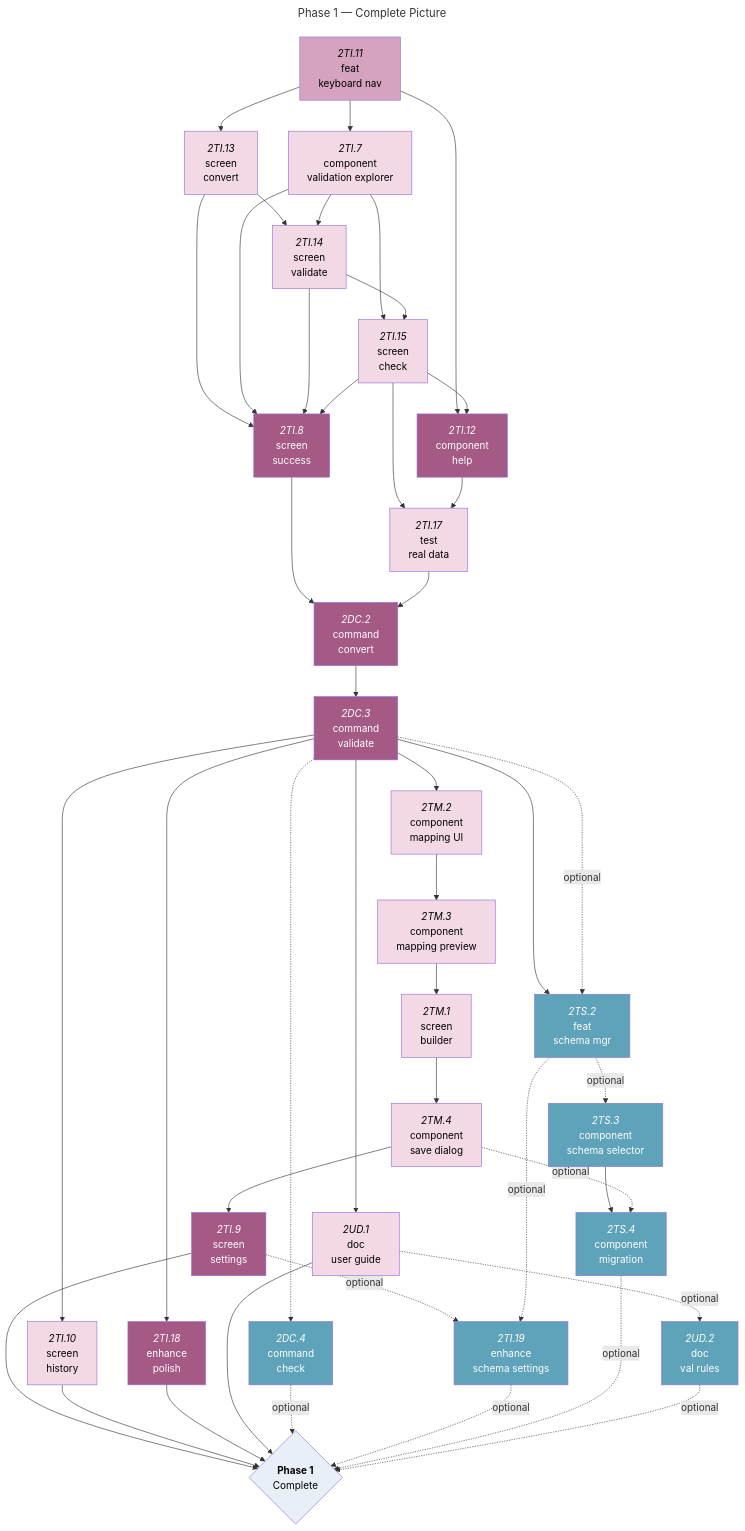
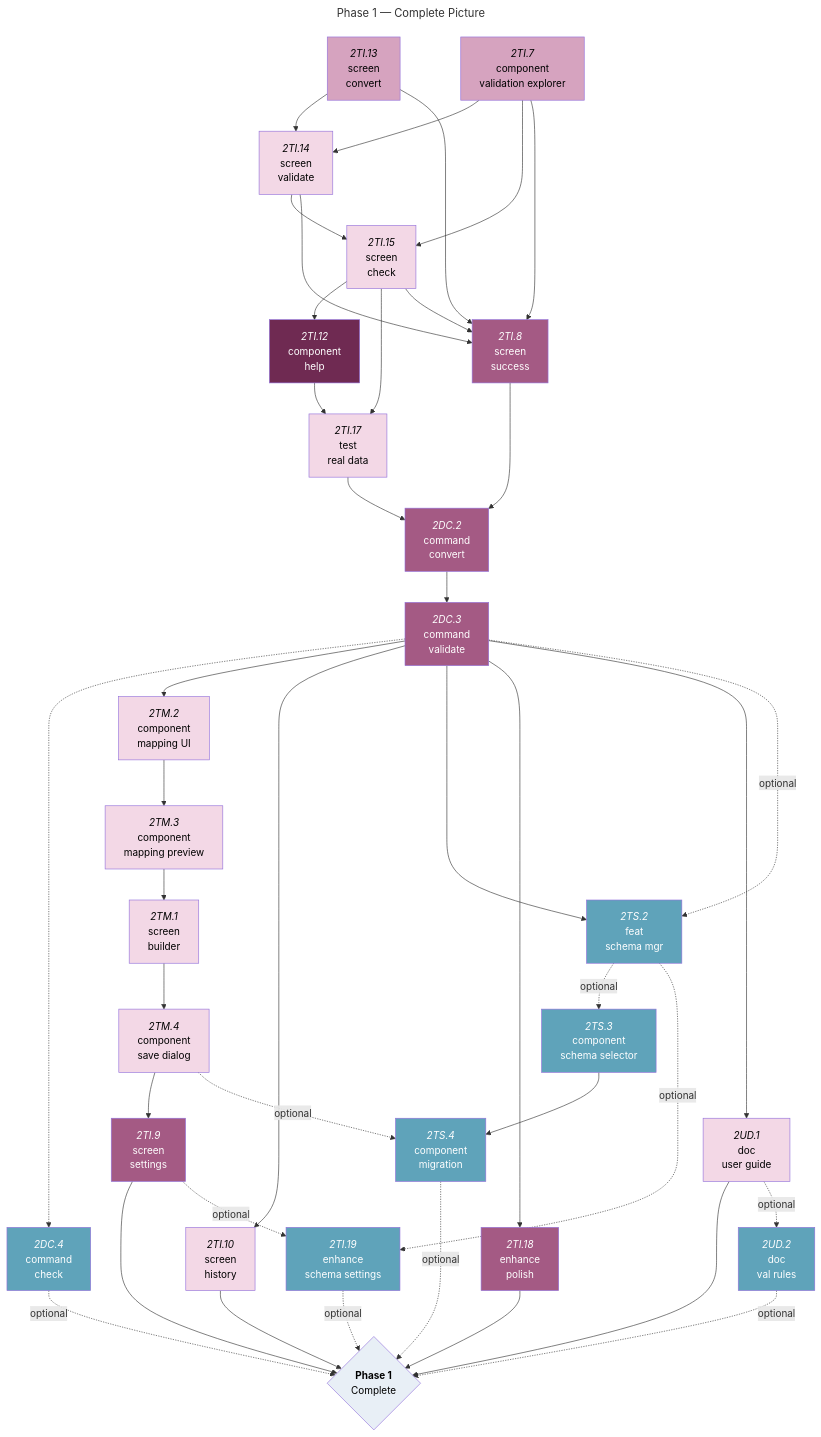
The fifth of 5 diagrams in docs/roadmaps/phase-1-mvp-features.md (foundersandcoders/iris), drawn with Mermaid before and after one commit. The commit also changed other lines of this file, not shown here.

````diff
--- a/docs/roadmaps/phase-1-mvp-features.md
+++ b/docs/roadmaps/phase-1-mvp-features.md
@@ -311,77 +310,76 @@
 ```mermaid
 ---
 title: Phase 1 — Complete Picture
 ---
 graph TD
 
 %% M2A Core Tasks %%
-2TI.11["`*2TI.11*<br/>feat<br/>keyboard nav`"]:::must-open
-2TI.13["`*2TI.13*<br/>screen<br/>convert`"]:::must-blocked
-2TI.7["`*2TI.7*<br/>component<br/>validation explorer`"]:::must-blocked
+2TI.13["`*2TI.13*<br/>screen<br/>convert`"]:::must-open
+2TI.7["`*2TI.7*<br/>component<br/>validation explorer`"]:::must-open
 2TI.14["`*2TI.14*<br/>screen<br/>validate`"]:::must-blocked
 2TI.15["`*2TI.15*<br/>screen<br/>check`"]:::must-blocked
 2TI.17["`*2TI.17*<br/>test<br/>real data`"]:::must-blocked
-2TI.12["`*2TI.12*<br/>component<br/>help`"]:::should-blocked
+2TI.12["`*2TI.12*<br/>component<br/>help`"]:::should-open
 2TI.8["`*2TI.8*<br/>screen<br/>success`"]:::should-blocked
 
 %% M2B Tasks %%
 2DC.2["`*2DC.2*<br/>command<br/>convert`"]:::should-blocked
 2DC.3["`*2DC.3*<br/>command<br/>validate`"]:::should-blocked
 2DC.4["`*2DC.4*<br/>command<br/>check`"]:::could-blocked
 
 %% M2C Tasks %%
 2TM.2["`*2TM.2*<br/>component<br/>mapping UI`"]:::must-blocked
 2TM.3["`*2TM.3*<br/>component<br/>mapping preview`"]:::must-blocked
 2TM.1["`*2TM.1*<br/>screen<br/>builder`"]:::must-blocked
 2TM.4["`*2TM.4*<br/>component<br/>save dialog`"]:::must-blocked
 2TI.9["`*2TI.9*<br/>screen<br/>settings`"]:::should-blocked
 2TS.2["`*2TS.2*<br/>feat<br/>schema mgr`"]:::could-blocked
 2TS.3["`*2TS.3*<br/>component<br/>schema selector`"]:::could-blocked
 2TS.4["`*2TS.4*<br/>component</br>migration`"]:::could-blocked
 2TI.19["`*2TI.19*<br/>enhance<br/>schema settings`"]:::could-blocked
 2TI.10["`*2TI.10*<br/>screen<br/>history`"]:::must-blocked
 2TI.18["`*2TI.18*<br/>enhance<br/>polish`"]:::should-blocked
 2UD.1["`*2UD.1*<br/>doc<br/>user guide`"]:::must-blocked
 2UD.2["`*2UD.2*<br/>doc<br/>val rules`"]:::could-blocked
 
 %% Milestone nodes %%
 phase1{"`**Phase 1**<br/>Complete`"}:::mile
 
 %% M2A Dependencies %%
-2TI.11 --> 2TI.13 & 2TI.7 & 2TI.12
 2TI.13 --> 2TI.14 & 2TI.8
 2TI.7 --> 2TI.14 & 2TI.15 & 2TI.8
 2TI.14 --> 2TI.15 & 2TI.8
 2TI.15 --> 2TI.12 & 2TI.17 & 2TI.8
 2TI.12 --> 2TI.17
 
 %% M2B Dependencies %%
 2TI.8 & 2TI.17 --> 2DC.2
 2DC.2 --> 2DC.3
 2DC.3 -.-> 2DC.4
 2DC.3 --> 2TM.2 & 2TI.10 & 2TS.2 & 2TI.18 & 2UD.1
 
 %% M2C Dependencies %%
 2TM.2 --> 2TM.3
 2TM.3 --> 2TM.1
 2TM.1 --> 2TM.4
 2TM.4 --> 2TI.9
 2TS.3 --> 2TS.4
 2TI.9 & 2TI.10 & 2TI.18 & 2UD.1 --> phase1
 
 %% OPTIONAL %%
 2UD.1 -.->| optional | 2UD.2
 2TI.9 -.->| optional | 2TI.19
 2TM.4 -.->| optional | 2TS.4
 2DC.3 -.->| optional | 2TS.2
 2TS.2 -.->| optional | 2TS.3 & 2TI.19
 2DC.4 & 2TI.19 & 2TS.4 & 2UD.2 -.->| optional | phase1
 
+classDef must-done fill:#8B5A7D,color:#fff;
 classDef must-open fill:#D6A3BF,color:#000;
 classDef must-blocked fill:#F3D8E6,color:#000;
 classDef should-open fill:#6F2A52,color:#fff;
 classDef should-blocked fill:#A45A84,color:#fff;
 classDef could-open fill:#3E7F96,color:#fff;
 classDef could-blocked fill:#5FA3BA,color:#fff;
 classDef mile fill:#E8EFF6,color:#000;
 ```
````
